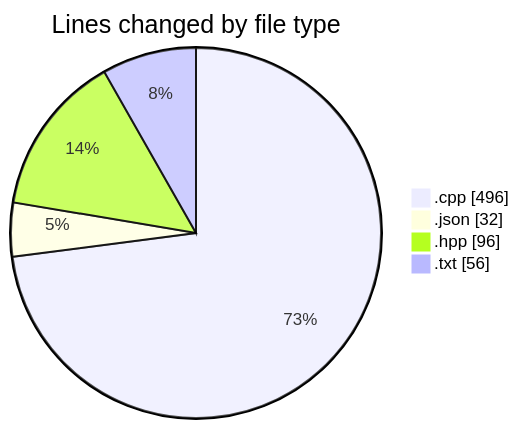
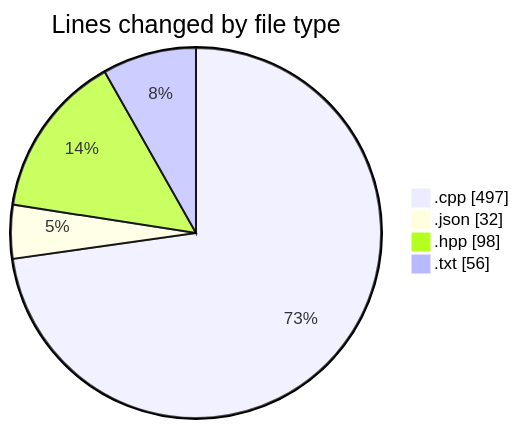
The first of 2 diagrams in 2025-04-21/echo/README.md (Netris89/code-tracking), drawn with Mermaid before and after one commit. The commit also changed other lines of this file and 1 other file, not shown here.

````diff
--- a/2025-04-21/echo/README.md
+++ b/2025-04-21/echo/README.md
@@ -25,8 +25,8 @@
 ```mermaid
 pie showData
 title Lines changed by file type
-".cpp" : 496
+".cpp" : 497
 ".json" : 32
-".hpp" : 96
+".hpp" : 98
 ".txt" : 56
 ```
````
